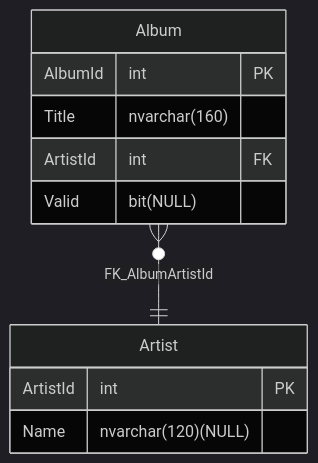
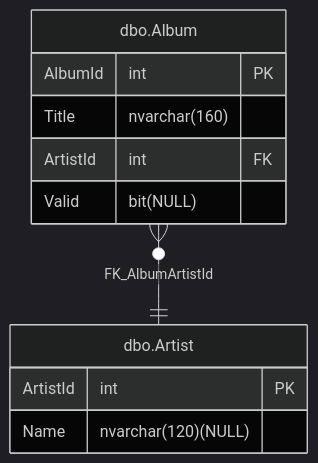
One commit to rr-wfm/MSBuild.Sdk.SqlProj changed the diagram in README.md. Above: the diagram before and after it, drawn with Mermaid (dark theme). The commit also changed other lines of this file, not shown here.

````diff
--- a/README.md
+++ b/README.md
@@ -623,14 +623,14 @@
 ```mermaid
 erDiagram
-  Album {
+  "dbo.Album" {
     AlbumId int PK
     Title nvarchar(160) 
     ArtistId int FK
     Valid bit(NULL) 
   }
-  Album }o--|| Artist : FK_AlbumArtistId
-  Artist {
+  "dbo.Album" }o--|| "dbo.Artist" : FK_AlbumArtistId
+  "dbo.Artist" {
     ArtistId int PK
     Name nvarchar(120)(NULL) 
   }
 ```
````
